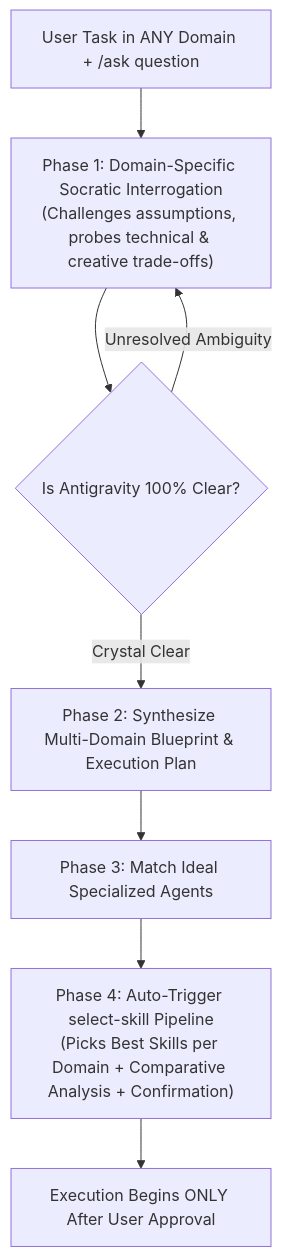
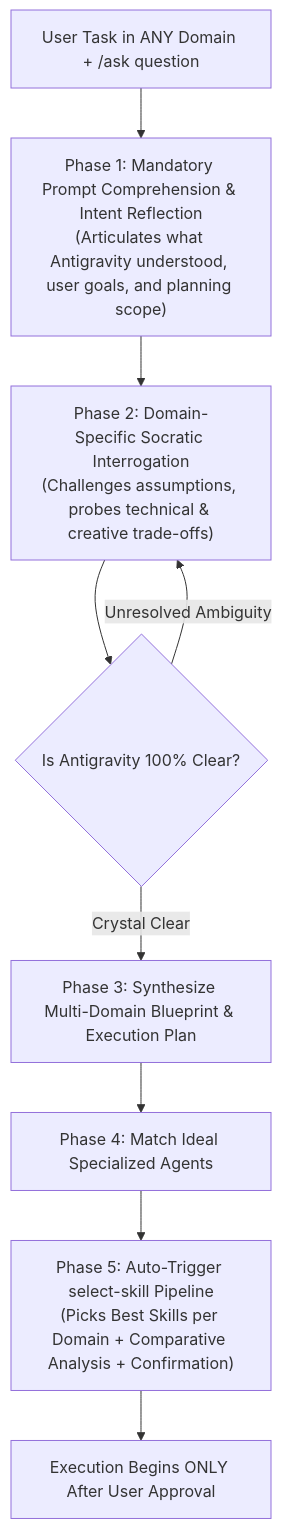
The diagram in custom-skills/ask-question/SKILL.md (aniketpal15/Antigravity-skills), drawn with Mermaid before and after one commit. The commit also changed other lines of this file and 1 other file, not shown here.

Commit message:
feat(custom-skills): add mandatory prompt comprehension reflection as Step 1 to select-skill and ask-question

````diff
--- a/custom-skills/ask-question/SKILL.md
+++ b/custom-skills/ask-question/SKILL.md
@@ -84,10 +86,11 @@
 ```mermaid
 flowchart TD
-    A["User Task in ANY Domain + /ask question"] --> B["Phase 1: Domain-Specific Socratic Interrogation<br/>(Challenges assumptions, probes technical & creative trade-offs)"]
-    B --> C{"Is Antigravity 100% Clear?"}
-    C -- "Unresolved Ambiguity" --> B
-    C -- "Crystal Clear" --> D["Phase 2: Synthesize Multi-Domain Blueprint & Execution Plan"]
-    D --> E["Phase 3: Match Ideal Specialized Agents"]
-    E --> F["Phase 4: Auto-Trigger select-skill Pipeline<br/>(Picks Best Skills per Domain + Comparative Analysis + Confirmation)"]
-    F --> G["Execution Begins ONLY After User Approval"]
+    A["User Task in ANY Domain + /ask question"] --> B["Phase 1: Mandatory Prompt Comprehension & Intent Reflection<br/>(Articulates what Antigravity understood, user goals, and planning scope)"]
+    B --> C["Phase 2: Domain-Specific Socratic Interrogation<br/>(Challenges assumptions, probes technical & creative trade-offs)"]
+    C --> D{"Is Antigravity 100% Clear?"}
+    D -- "Unresolved Ambiguity" --> C
+    D -- "Crystal Clear" --> E["Phase 3: Synthesize Multi-Domain Blueprint & Execution Plan"]
+    E --> F["Phase 4: Match Ideal Specialized Agents"]
+    F --> G["Phase 5: Auto-Trigger select-skill Pipeline<br/>(Picks Best Skills per Domain + Comparative Analysis + Confirmation)"]
+    G --> H["Execution Begins ONLY After User Approval"]
 ```
````
